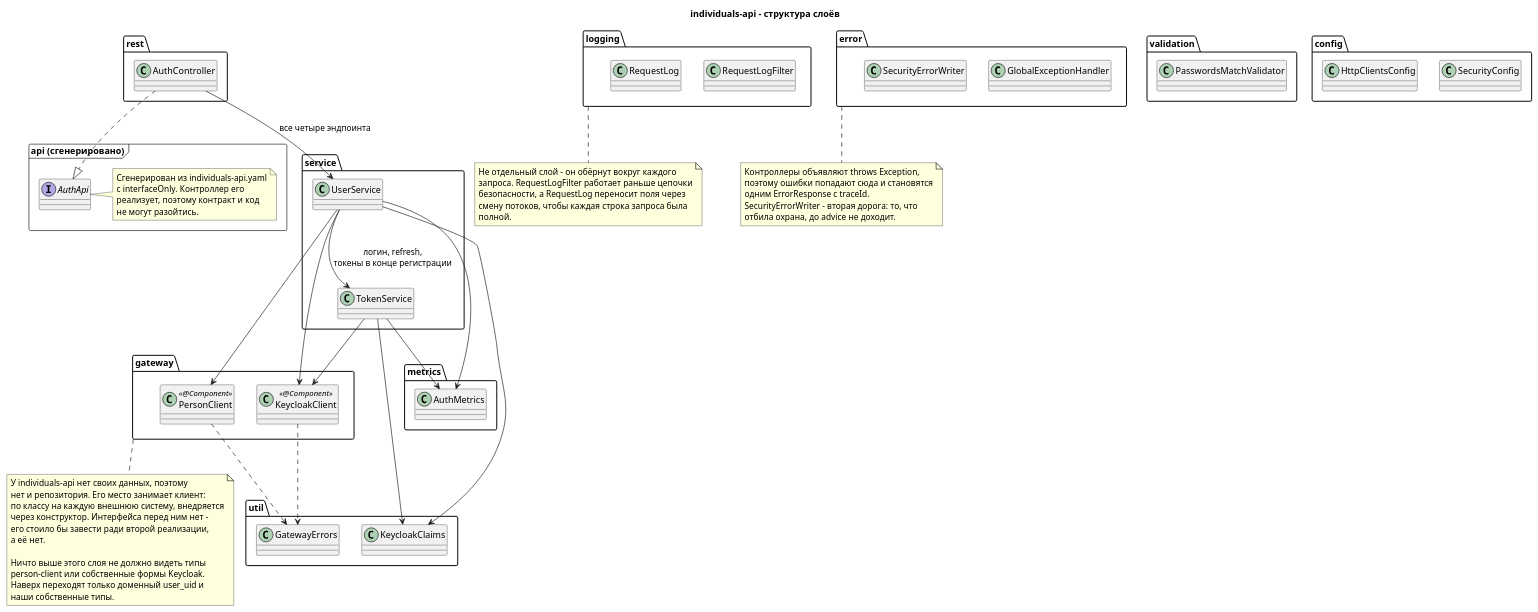
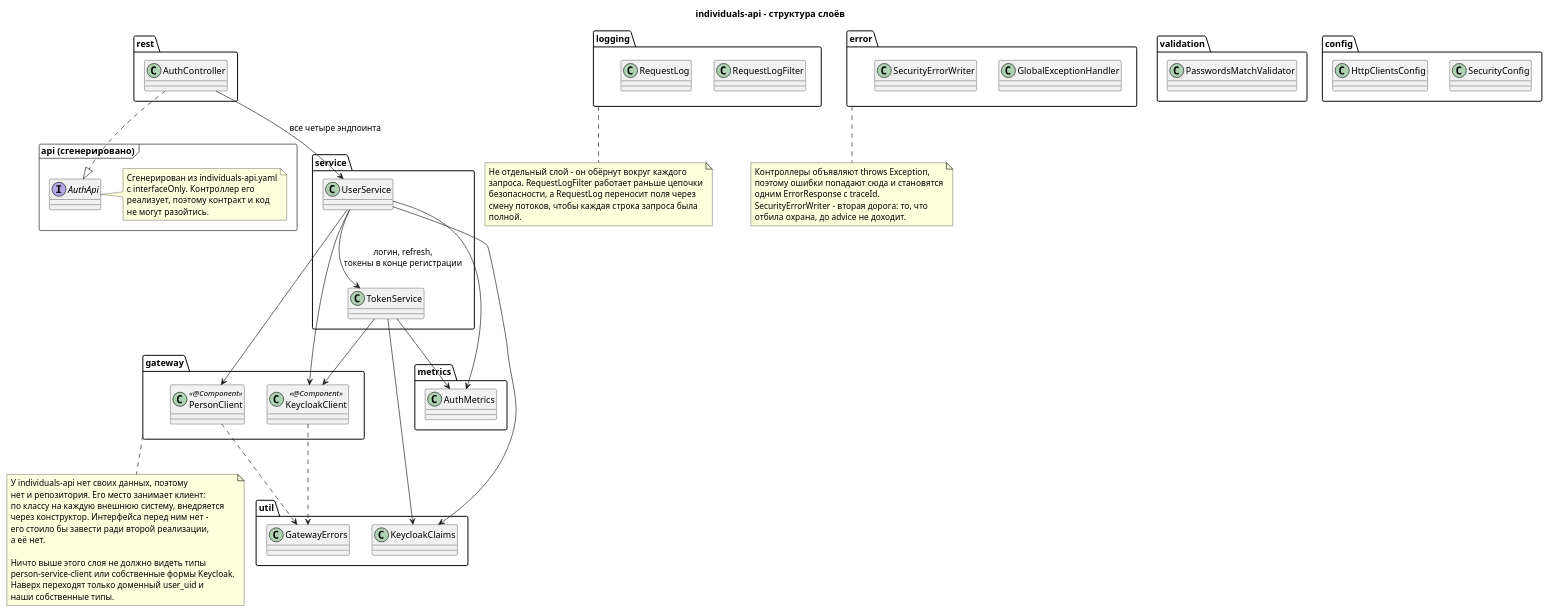
The diagram in docs/puml-ru/layers.puml (dezxxx/payment-platform), drawn with PlantUML before and after one commit. The commit also changed 16 other files, not shown here.

Commit message:
docs: describe person-service, the client and compensation

```diff
--- a/docs/puml-ru/layers.puml
+++ b/docs/puml-ru/layers.puml
@@ -1,105 +1,105 @@
 @startuml layers
 title individuals-api - структура слоёв
 
 skinparam shadowing false
 skinparam classAttributeIconSize 0
 
 package "api (сгенерировано)" <<Frame>> {
   interface AuthApi
   note right of AuthApi
     Сгенерирован из individuals-api.yaml
     с interfaceOnly. Контроллер его
     реализует, поэтому контракт и код
     не могут разойтись.
   end note
 }
 
 package rest {
   class AuthController
 }
 
 package service {
   class UserService
   class TokenService
 }
 
 package gateway {
   class PersonClient <<@Component>>
   class KeycloakClient <<@Component>>
 }
 
 package validation {
   class PasswordsMatchValidator
 }
 
 package error {
   class GlobalExceptionHandler
   class SecurityErrorWriter
 }
 
 package logging {
   class RequestLogFilter
   class RequestLog
 }
 
 package config {
   class SecurityConfig
   class HttpClientsConfig
 }
 
 package util {
   class KeycloakClaims
   class GatewayErrors
 }
 
 package metrics {
   class AuthMetrics
 }
 
 AuthController ..|> AuthApi
 AuthController --> UserService : все четыре эндпоинта
 
 UserService --> PersonClient
 UserService --> KeycloakClient
 UserService --> TokenService : логин, refresh,\nтокены в конце регистрации
 TokenService --> KeycloakClient
 
 UserService --> AuthMetrics
 TokenService --> AuthMetrics
 UserService --> KeycloakClaims
 TokenService --> KeycloakClaims
 
 PersonClient ..> GatewayErrors
 KeycloakClient ..> GatewayErrors
 
 note bottom of gateway
   У individuals-api нет своих данных, поэтому
   нет и репозитория. Его место занимает клиент:
   по классу на каждую внешнюю систему, внедряется
   через конструктор. Интерфейса перед ним нет -
   его стоило бы завести ради второй реализации,
   а её нет.
 
   Ничто выше этого слоя не должно видеть типы
-  person-client или собственные формы Keycloak.
+  person-service-client или собственные формы Keycloak.
   Наверх переходят только доменный user_uid и
   наши собственные типы.
 end note
 
 note bottom of logging
   Не отдельный слой - он обёрнут вокруг каждого
   запроса. RequestLogFilter работает раньше цепочки
   безопасности, а RequestLog переносит поля через
   смену потоков, чтобы каждая строка запроса была
   полной.
 end note
 
 note bottom of error
   Контроллеры объявляют throws Exception,
   поэтому ошибки попадают сюда и становятся
   одним ErrorResponse с traceId.
   SecurityErrorWriter - вторая дорога: то, что
   отбила охрана, до advice не доходит.
 end note
 
 @enduml
```
